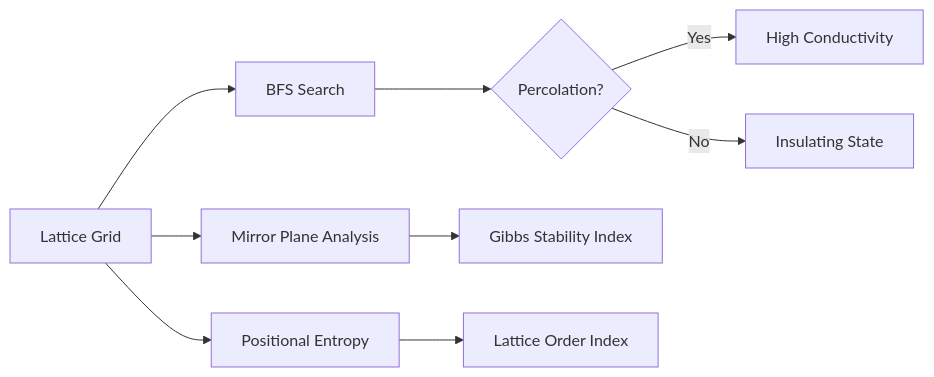
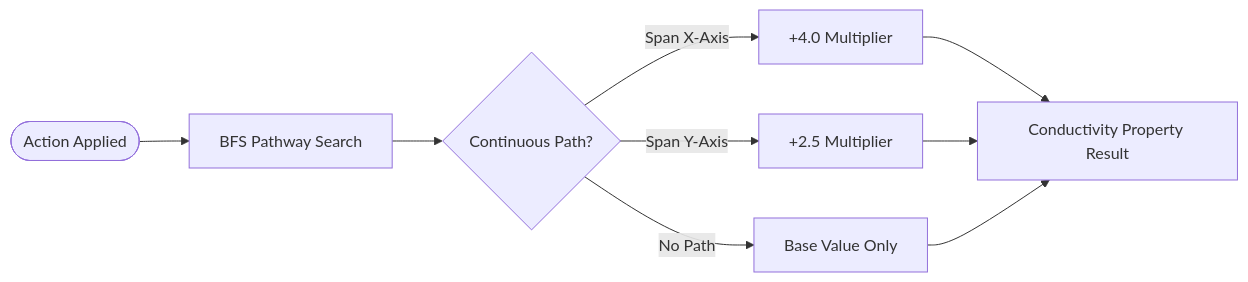
The second of 3 diagrams in README.md (Arsh-Pathan/MaterialForge), drawn with Mermaid before and after one commit. The commit also changed other lines of this file and 1 other file, not shown here.

Commit message:
Finalization: Modularized lab dashboard assets, prioritized FastAPI routes for HF Space UI, and upgraded README with professional scientific diagrams. Root package structure validated for OpenEnv push.

````diff
--- a/README.md
+++ b/README.md
@@ -47,13 +77,11 @@
 ```mermaid
-graph LR
-    Lattice[Lattice Grid] --> BFS[BFS Search]
-    BFS --> Percolation{Percolation?}
-    Percolation -- Yes --> Cond[High Conductivity]
-    Percolation -- No --> Ins[Insulating State]
-
-    Lattice --> Symmetry[Mirror Plane Analysis]
-    Symmetry --> Stability[Gibbs Stability Index]
-
-    Lattice --> Entropy[Positional Entropy]
-    Entropy --> Order[Lattice Order Index]
+flowchart LR
+    Start([Action Applied]) --> Search[BFS Pathway Search]
+    Search --> Connectivity{Continuous Path?}
+    Connectivity -- "Span X-Axis" --> MultB[+4.0 Multiplier]
+    Connectivity -- "Span Y-Axis" --> MultC[+2.5 Multiplier]
+    Connectivity -- "No Path" --> Low[Base Value Only]
+    MultB --> Result[Conductivity Property Result]
+    MultC --> Result
+    Low --> Result
 ```
````
